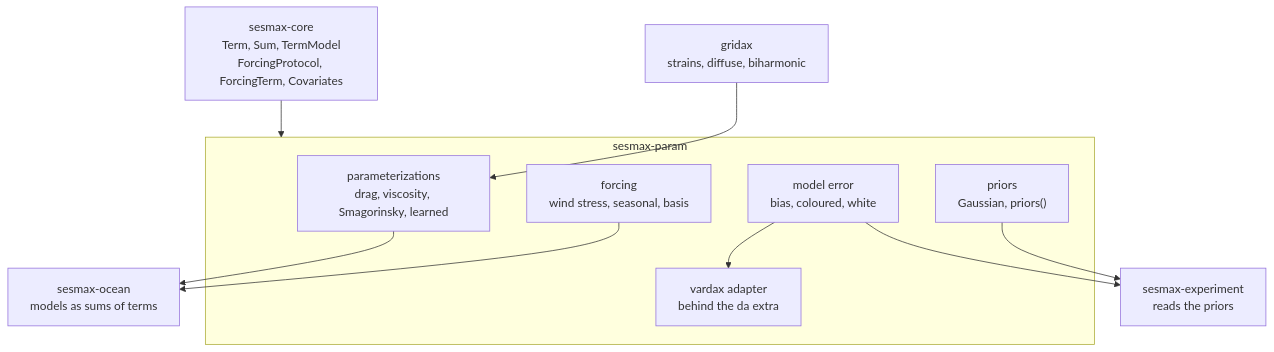
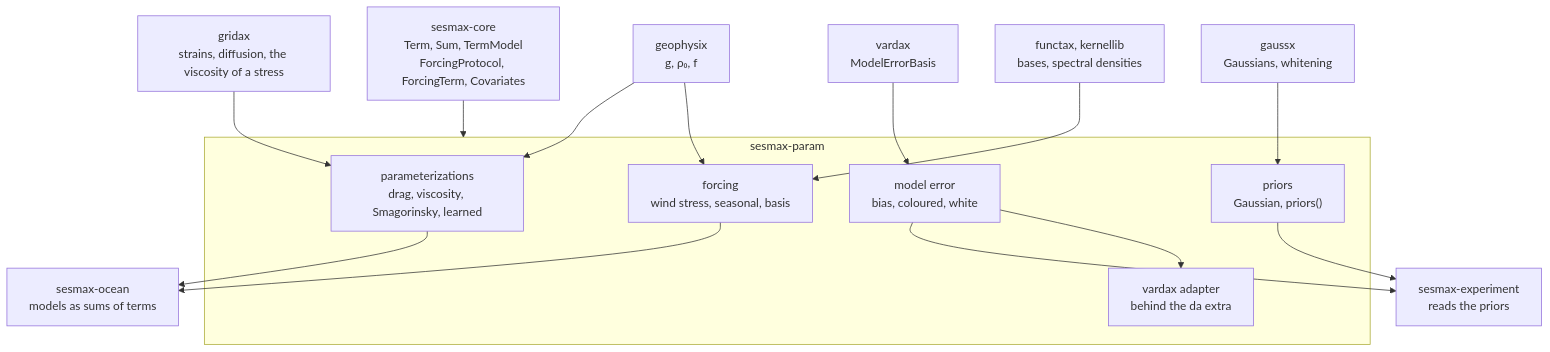
The diagram in docs/design/sesmax_param.md (jejjohnson/sesmax), drawn with Mermaid before and after one commit. The commit also changed other lines of this file and 3 other files, not shown here.

````diff
--- a/docs/design/sesmax_param.md
+++ b/docs/design/sesmax_param.md
@@ -217,21 +247,30 @@
 ```mermaid
 flowchart TD
     core["sesmax-core<br/>Term, Sum, TermModel<br/>ForcingProtocol, ForcingTerm, Covariates"]
-    gridax["gridax<br/>strains, diffuse, biharmonic"]
+    gridax["gridax<br/>strains, diffusion, the viscosity of a stress"]
+    functax["functax, kernellib<br/>bases, spectral densities"]
+    gaussx["gaussx<br/>Gaussians, whitening"]
+    geophysix["geophysix<br/>g, ρ₀, f"]
+    vardax["vardax<br/>ModelErrorBasis"]
     subgraph param["sesmax-param"]
         pz["parameterizations<br/>drag, viscosity, Smagorinsky, learned"]
         fo["forcing<br/>wind stress, seasonal, basis"]
         me["model error<br/>bias, coloured, white"]
         pr["priors<br/>Gaussian, priors()"]
         da["vardax adapter<br/>behind the da extra"]
     end
     ocean["sesmax-ocean<br/>models as sums of terms"]
     exp["sesmax-experiment<br/>reads the priors"]
     core --> param
     gridax --> pz
+    functax --> fo
+    geophysix --> pz
+    geophysix --> fo
+    gaussx --> pr
+    vardax --> me
     pz --> ocean
     fo --> ocean
     me --> exp
     pr --> exp
     me --> da
 ```
````
